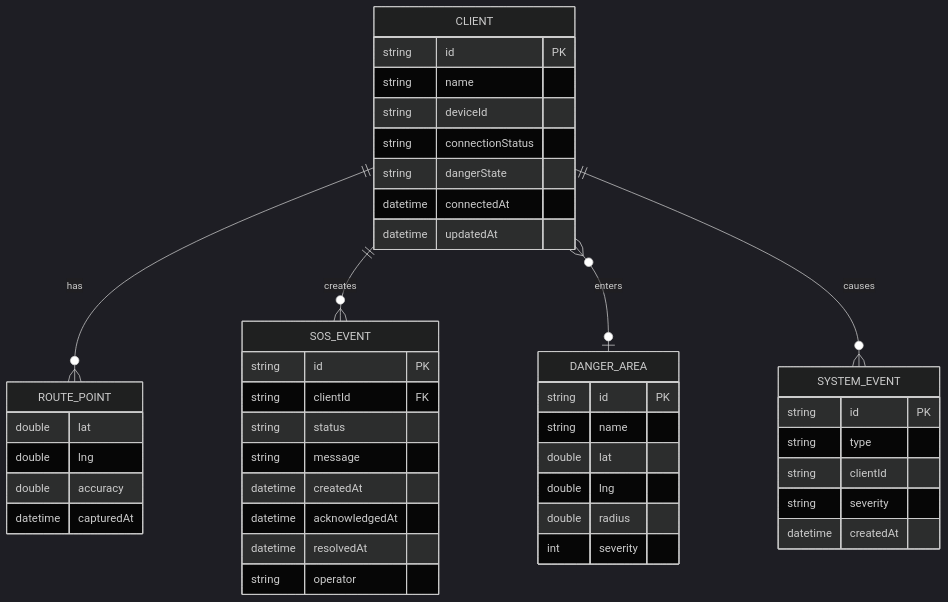
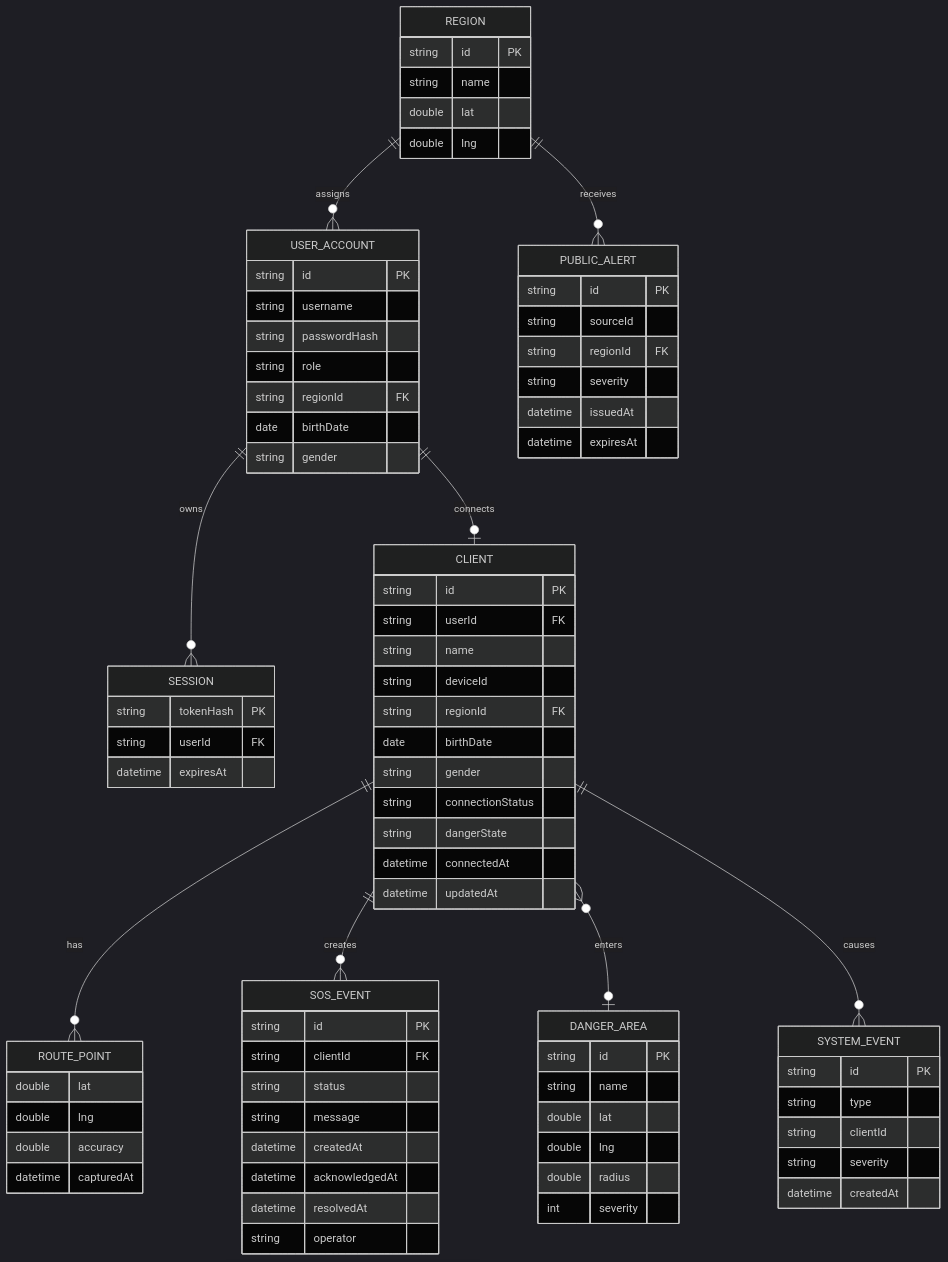
Before and after one commit to xweoze/real-time-monitoring-system: diagram 11 of 11 in Design_22212023_김지훈.md, drawn with Mermaid (dark theme). The commit also changed other lines of this file and 15 other files, not shown here.

````diff
--- a/Design_22212023_김지훈.md
+++ b/Design_22212023_김지훈.md
@@ -447,5 +534,9 @@
 ```mermaid
 erDiagram
+    USER_ACCOUNT ||--o{ SESSION : owns
+    USER_ACCOUNT ||--o| CLIENT : connects
+    REGION ||--o{ USER_ACCOUNT : assigns
+    REGION ||--o{ PUBLIC_ALERT : receives
     CLIENT ||--o{ ROUTE_POINT : has
     CLIENT ||--o{ SOS_EVENT : creates
     CLIENT }o--o| DANGER_AREA : enters
@@ -453,8 +544,12 @@
 
     CLIENT {
         string id PK
+        string userId FK
         string name
         string deviceId
+        string regionId FK
+        date birthDate
+        string gender
         string connectionStatus
         string dangerState
         datetime connectedAt
@@ -495,4 +590,36 @@
         string severity
         datetime createdAt
     }
+
+    USER_ACCOUNT {
+        string id PK
+        string username
+        string passwordHash
+        string role
+        string regionId FK
+        date birthDate
+        string gender
+    }
+
+    SESSION {
+        string tokenHash PK
+        string userId FK
+        datetime expiresAt
+    }
+
+    REGION {
+        string id PK
+        string name
+        double lat
+        double lng
+    }
+
+    PUBLIC_ALERT {
+        string id PK
+        string sourceId
+        string regionId FK
+        string severity
+        datetime issuedAt
+        datetime expiresAt
+    }
 ```
````
